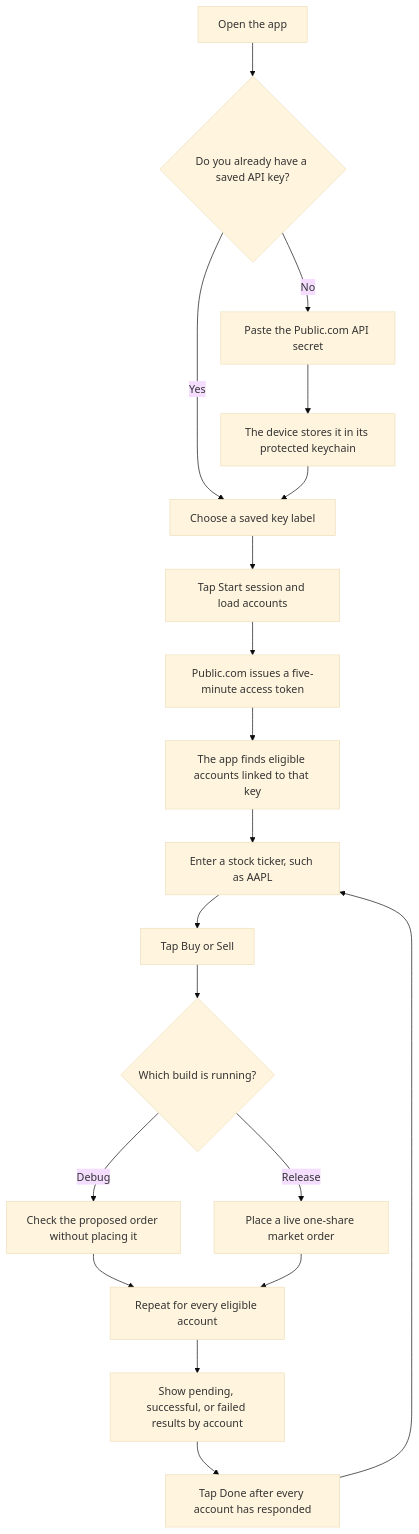
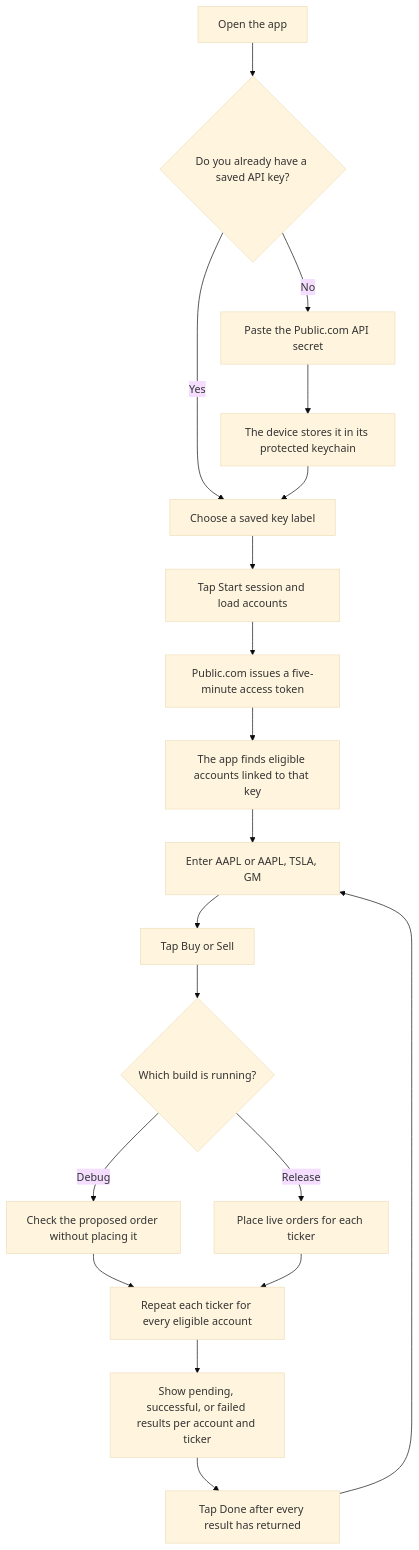
The diagram in README.md (Hannsel101/PublicsTradingInterface), drawn with Mermaid (base theme) before and after one commit. The commit also changed other lines of this file and 7 other files, not shown here.

Commit message:
Multi stock ticker trading added and business accounts now supported

````diff
--- a/README.md
+++ b/README.md
@@ -27,21 +27,21 @@
 ```mermaid
 flowchart TD
     A[Open the app] --> B{Do you already have a saved API key?}
     B -- No --> C[Paste the Public.com API secret]
     C --> D[The device stores it in its protected keychain]
     B -- Yes --> E[Choose a saved key label]
     D --> E
     E --> F[Tap Start session and load accounts]
     F --> G[Public.com issues a five-minute access token]
     G --> H[The app finds eligible accounts linked to that key]
-    H --> I[Enter a stock ticker, such as AAPL]
+    H --> I[Enter AAPL or AAPL, TSLA, GM]
     I --> J[Tap Buy or Sell]
     J --> K{Which build is running?}
     K -- Debug --> L[Check the proposed order without placing it]
-    K -- Release --> M[Place a live one-share market order]
-    L --> N[Repeat for every eligible account]
+    K -- Release --> M[Place live orders for each ticker]
+    L --> N[Repeat each ticker for every eligible account]
     M --> N
-    N --> O[Show pending, successful, or failed results by account]
-    O --> P[Tap Done after every account has responded]
+    N --> O[Show pending, successful, or failed results per account and ticker]
+    O --> P[Tap Done after every result has returned]
     P --> I
 ```
````
